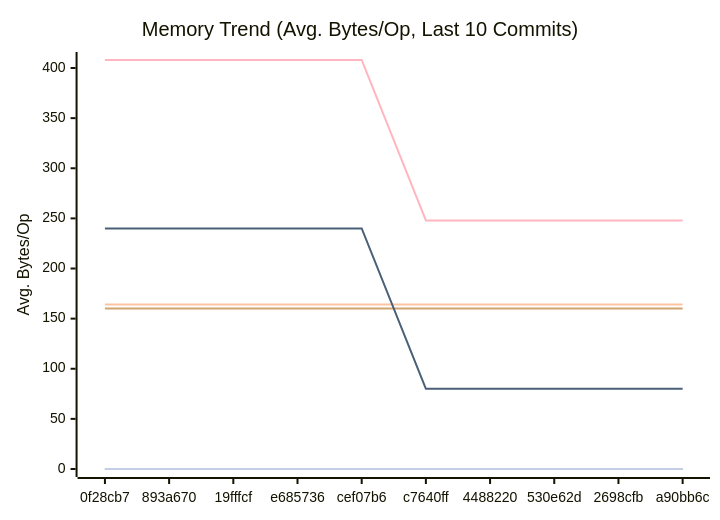
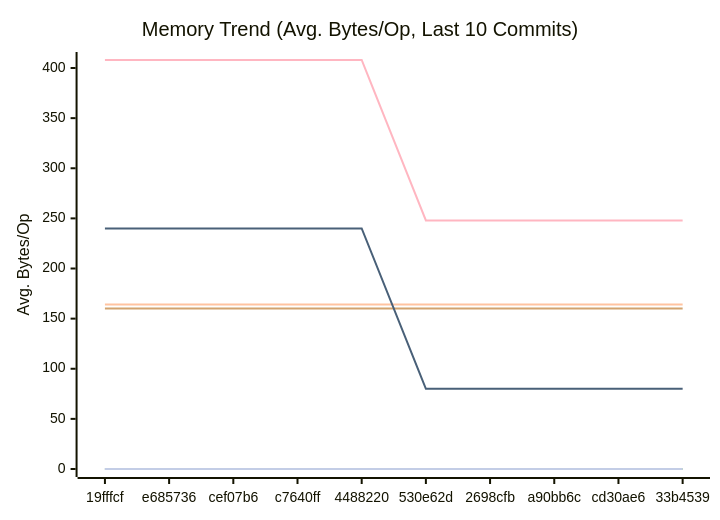
Before and after one commit to alsotoes/momo: the second of 3 diagrams in docs/PERFORMANCE.md, drawn with Mermaid. The commit also changed other lines of this file and 7 other files, not shown here.

````diff
--- a/docs/PERFORMANCE.md
+++ b/docs/PERFORMANCE.md
@@ -97,16 +97,16 @@
 ```mermaid
 xychart-beta
     title "Memory Trend (Avg. Bytes/Op, Last 10 Commits)"
     x-axis "Commit"
     y-axis "Avg. Bytes/Op"
-    x-axis [0f28cb7,893a670,19fffcf,e685736,cef07b6,c7640ff,4488220,530e62d,2698cfb,a90bb6c]
+    x-axis [19fffcf,e685736,cef07b6,c7640ff,4488220,530e62d,2698cfb,a90bb6c,cd30ae6,33b4539]
     line "CheckMetricsAndSwap" [0,0,0,0,0,0,0,0,0,0]
     line "CrushOptimized" [0,0,0,0,0,0,0,0,0,0]
     line "CrushOriginal" [164,164,164,164,164,164,164,164,164,164]
     line "IndexDirectTracking" [0,0,0,0,0,0,0,0,0,0]
     line "IndexSearch" [0,0,0,0,0,0,0,0,0,0]
     line "LoadGlobalConfig" [160,160,160,160,160,160,160,160,160,160]
     line "PadString" [0,0,0,0,0,0,0,0,0,0]
     line "ParseReplicationOrder_NoPrealloc" [408,408,408,408,408,248,248,248,248,248]
     line "ParseReplicationOrder_Prealloc" [240,240,240,240,240,80,80,80,80,80]
 ```
````
